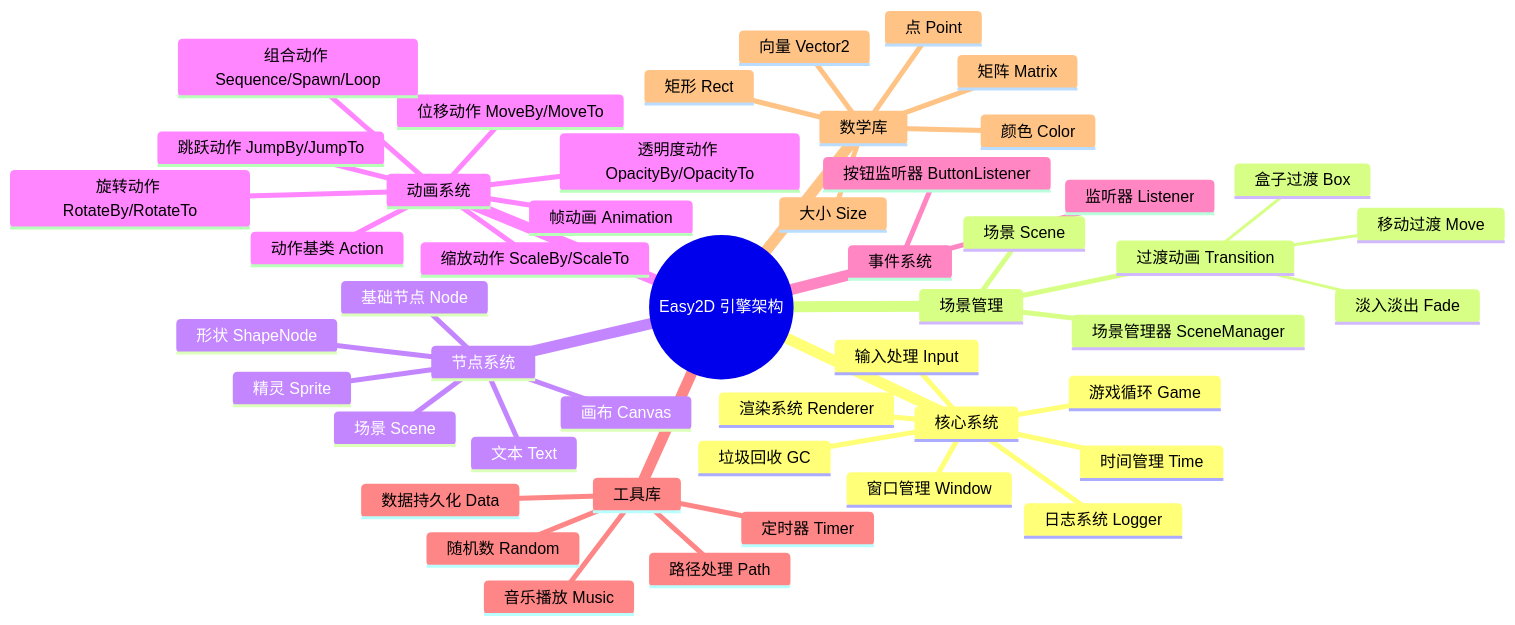
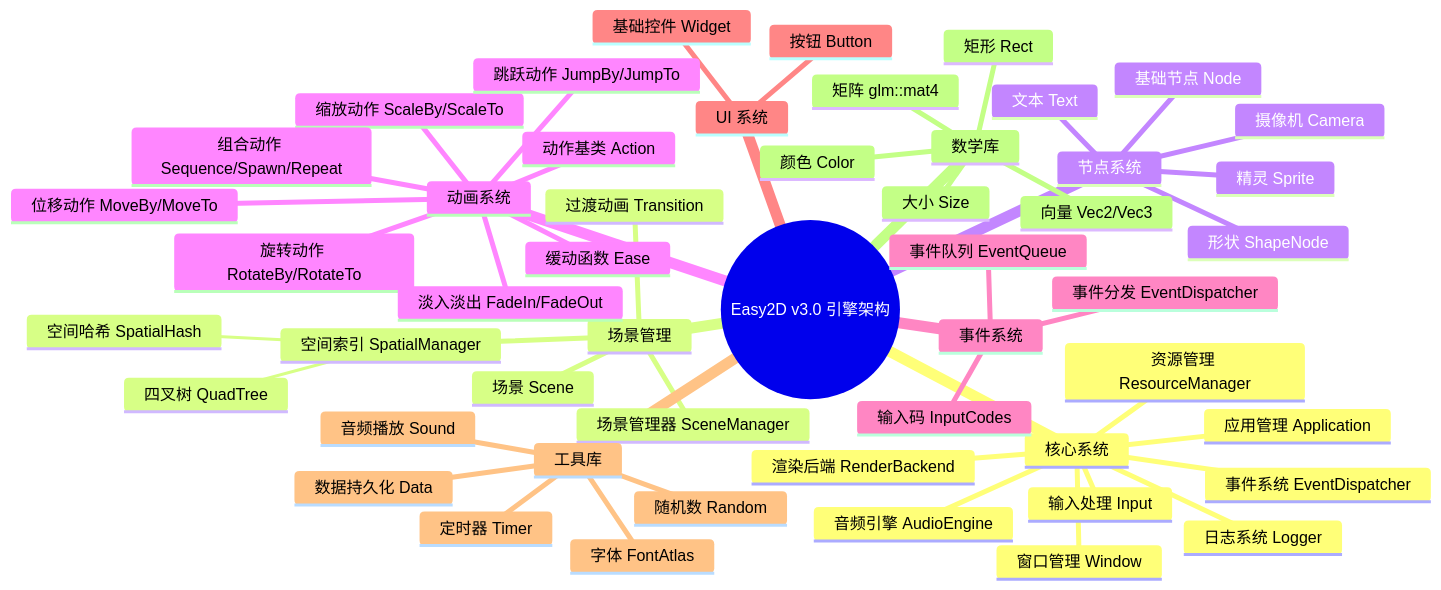
The first of 3 diagrams in README.md (ChestnutYueyue/Easy2D), drawn with Mermaid before and after one commit. The commit also changed other lines of this file and 1 other file, not shown here.

````diff
--- a/README.md
+++ b/README.md
@@ -48,51 +51,54 @@
 ```mermaid
 mindmap
-  root((Easy2D 引擎架构))
+  root((Easy2D v3.0 引擎架构))
     核心系统
-      游戏循环 Game
-      渲染系统 Renderer
+      应用管理 Application
+      渲染后端 RenderBackend
       窗口管理 Window
-      时间管理 Time
       输入处理 Input
-      垃圾回收 GC
+      音频引擎 AudioEngine
+      资源管理 ResourceManager
+      事件系统 EventDispatcher
       日志系统 Logger
     场景管理
       场景 Scene
       场景管理器 SceneManager
       过渡动画 Transition
-        淡入淡出 Fade
-        移动过渡 Move
-        盒子过渡 Box
+      空间索引 SpatialManager
+        四叉树 QuadTree
+        空间哈希 SpatialHash
     节点系统
       基础节点 Node
       精灵 Sprite
       文本 Text
-      画布 Canvas
       形状 ShapeNode
-      场景 Scene
+      摄像机 Camera
     动画系统
       动作基类 Action
       位移动作 MoveBy/MoveTo
       缩放动作 ScaleBy/ScaleTo
       旋转动作 RotateBy/RotateTo
-      透明度动作 OpacityBy/OpacityTo
+      淡入淡出 FadeIn/FadeOut
       跳跃动作 JumpBy/JumpTo
-      帧动画 Animation
-      组合动作 Sequence/Spawn/Loop
+      组合动作 Sequence/Spawn/Repeat
+      缓动函数 Ease
     事件系统
-      监听器 Listener
-      按钮监听器 ButtonListener
+      事件队列 EventQueue
+      事件分发 EventDispatcher
+      输入码 InputCodes
+    UI 系统
+      基础控件 Widget
+      按钮 Button
     工具库
-      音乐播放 Music
+      音频播放 Sound
       数据持久化 Data
       随机数 Random
       定时器 Timer
-      路径处理 Path
+      字体 FontAtlas
     数学库
-      点 Point
-      向量 Vector2
+      向量 Vec2/Vec3
       矩形 Rect
       大小 Size
-      矩阵 Matrix
       颜色 Color
+      矩阵 glm::mat4
 ```
````
